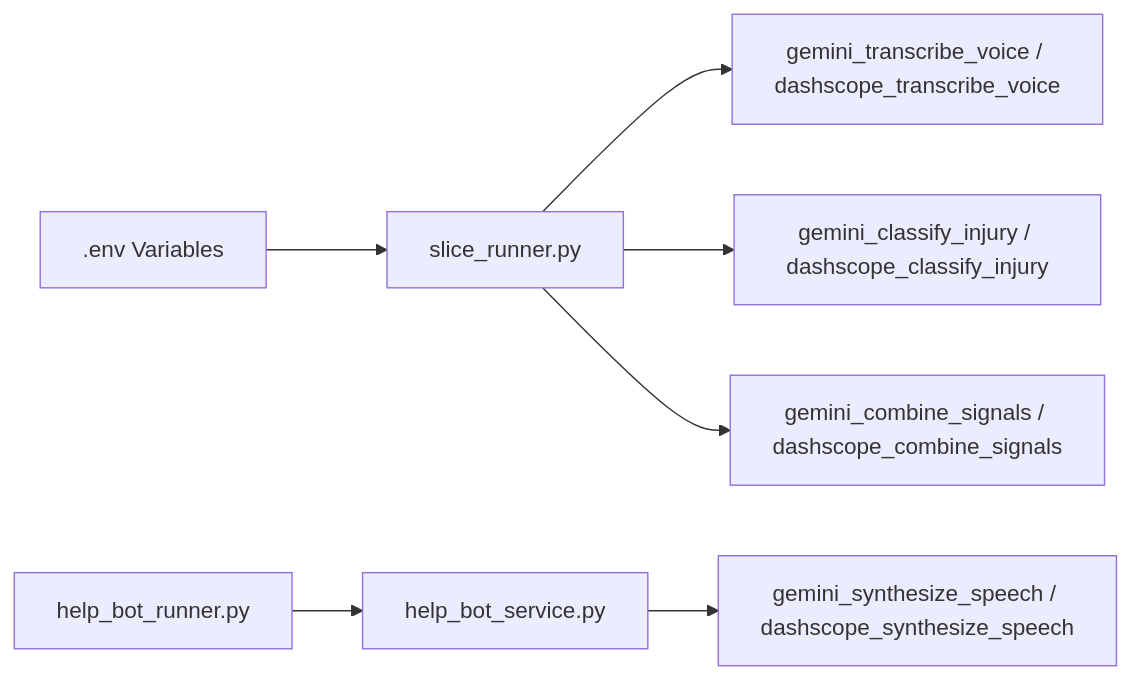
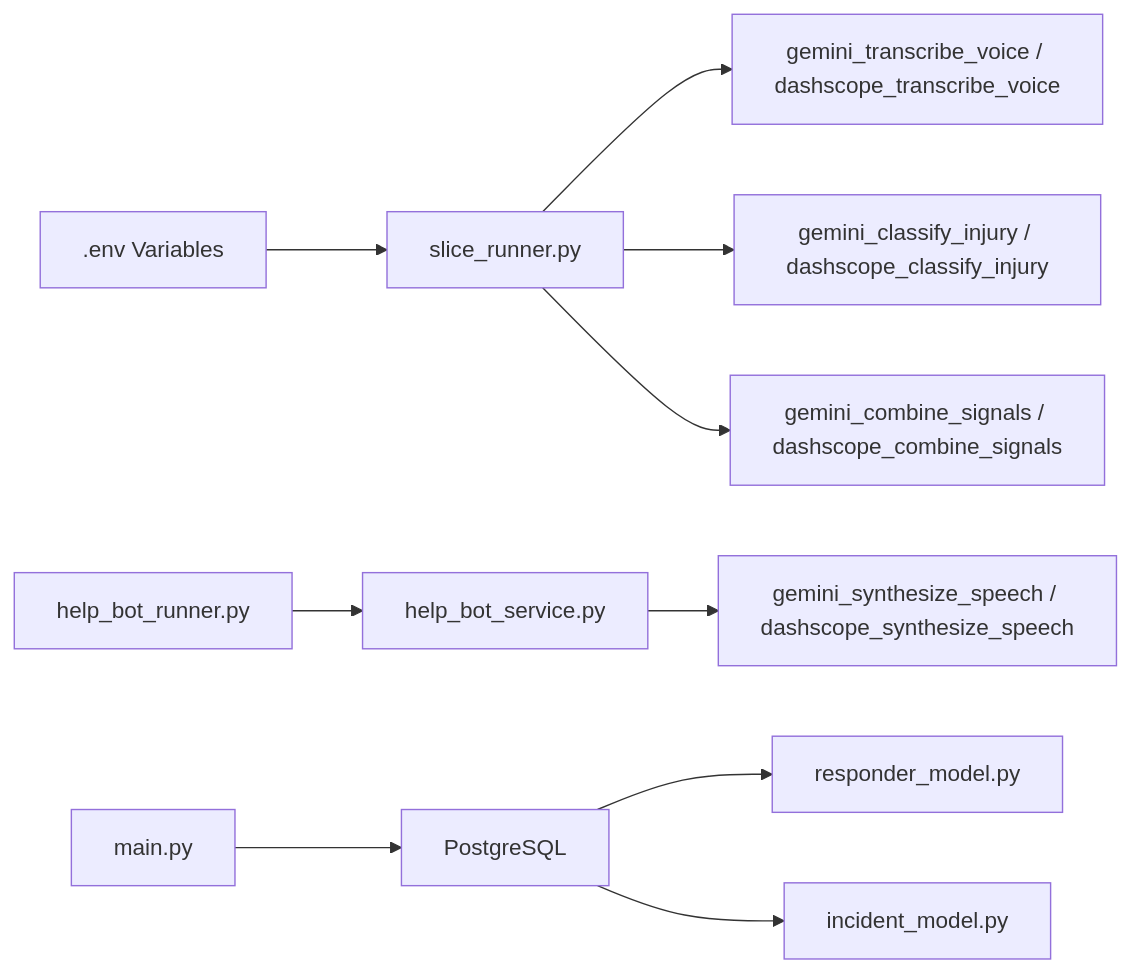
Before and after one commit to M-Rumman/LifeLine-Ride: the tenth of 10 diagrams in .qoder/repowiki/en/content/Deployment & Operations.md, drawn with Mermaid. The commit also changed other lines of this file and 727 other files, not shown here.

````diff
--- a/.qoder/repowiki/en/content/Deployment & Operations.md
+++ b/.qoder/repowiki/en/content/Deployment & Operations.md
@@ -210,9 +347,12 @@
 ```mermaid
 graph LR
 Env[".env Variables"] --> SR["slice_runner.py"]
 SR --> STT["gemini_transcribe_voice / dashscope_transcribe_voice"]
 SR --> VIS["gemini_classify_injury / dashscope_classify_injury"]
 SR --> CLS["gemini_combine_signals / dashscope_combine_signals"]
 HBS["help_bot_service.py"] --> TTS["gemini_synthesize_speech / dashscope_synthesize_speech"]
 HBR["help_bot_runner.py"] --> HBS
+Main["main.py"] --> DB["PostgreSQL"]
+DB --> RespModel["responder_model.py"]
+DB --> IncModel["incident_model.py"]
 ```
````
